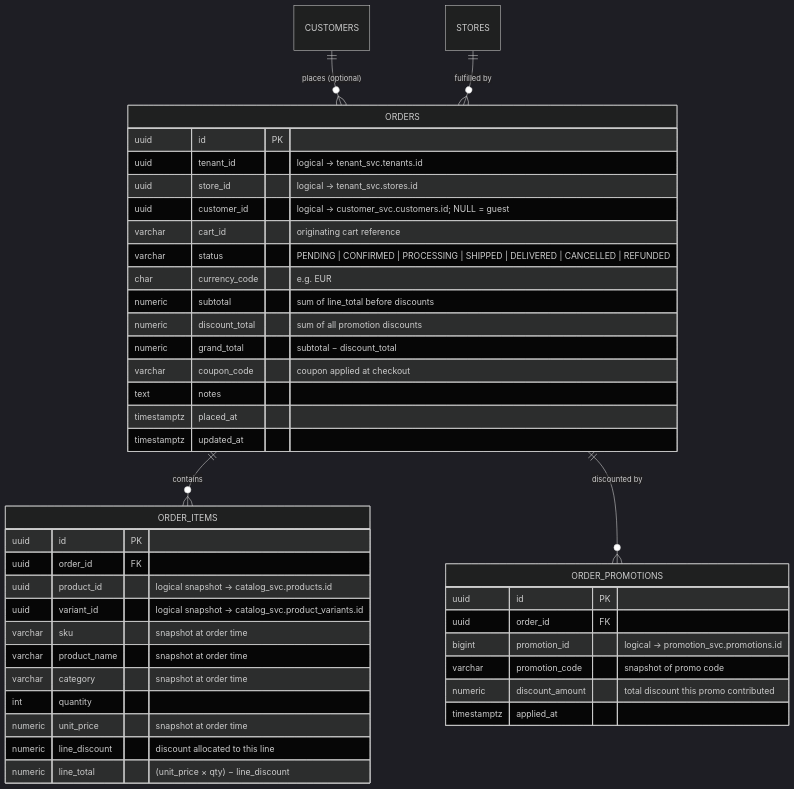
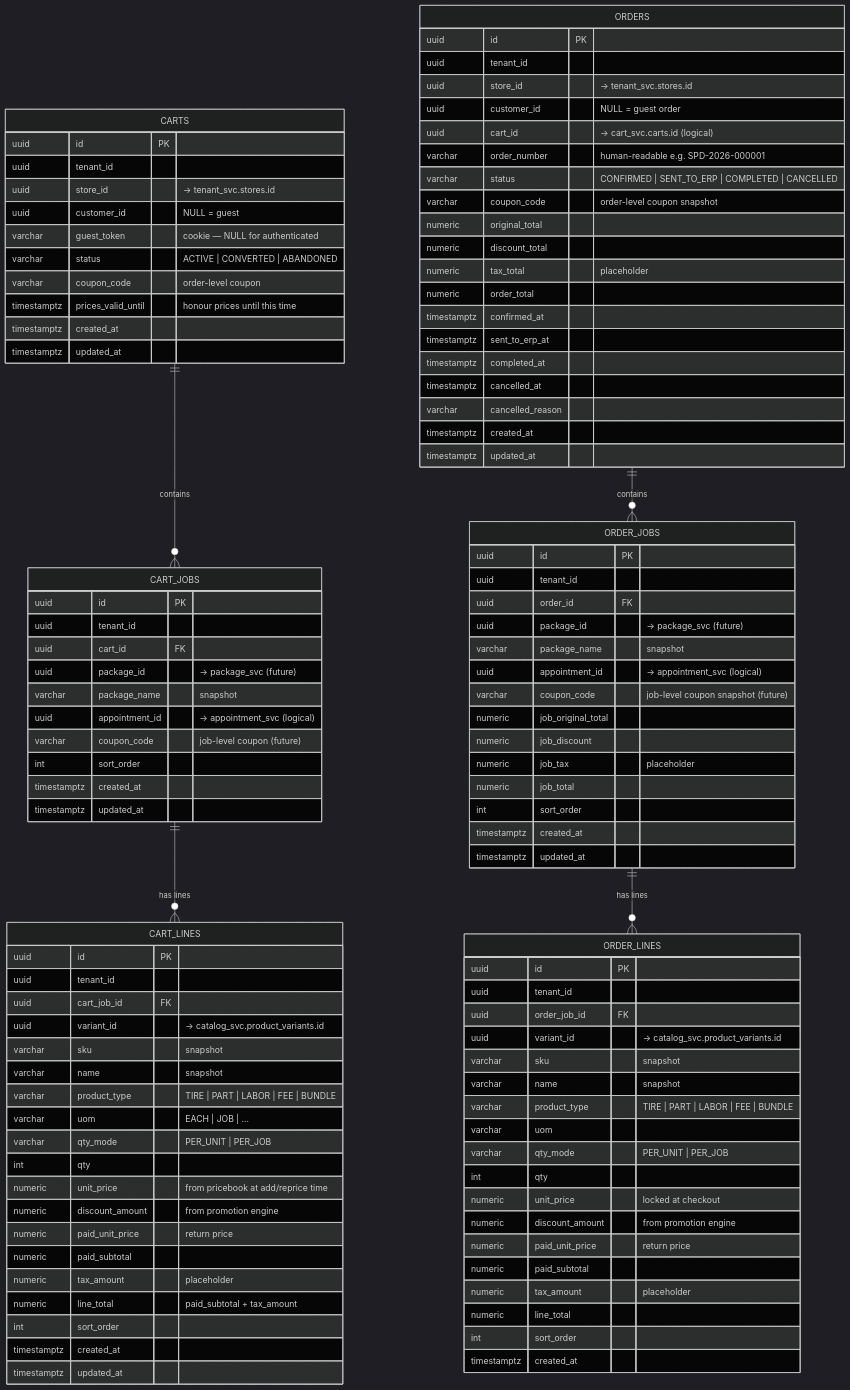
The diagram in eComm/eCommDataModel/order-domain.md (sumitjuyal/ecommerce-platform), drawn with Mermaid (dark theme) before and after one commit. The commit also changed other lines of this file and 1 other file, not shown here.

First line of the commit message:
Add order domain documentation and parked backlog items

````diff
--- a/eComm/eCommDataModel/order-domain.md
+++ b/eComm/eCommDataModel/order-domain.md
@@ -18,48 +118,116 @@
 ```mermaid
 erDiagram
 
-  ORDERS ||--o{ ORDER_ITEMS       : "contains"
-  ORDERS ||--o{ ORDER_PROMOTIONS  : "discounted by"
-  CUSTOMERS ||--o{ ORDERS         : "places (optional)"
-  STORES    ||--o{ ORDERS         : "fulfilled by"
+  CARTS         ||--o{ CART_JOBS    : "contains"
+  CART_JOBS     ||--o{ CART_LINES   : "has lines"
+  ORDERS        ||--o{ ORDER_JOBS   : "contains"
+  ORDER_JOBS    ||--o{ ORDER_LINES  : "has lines"
+
+  CARTS {
+    uuid        id PK
+    uuid        tenant_id
+    uuid        store_id              "→ tenant_svc.stores.id"
+    uuid        customer_id           "NULL = guest"
+    varchar     guest_token           "cookie — NULL for authenticated"
+    varchar     status                "ACTIVE | CONVERTED | ABANDONED"
+    varchar     coupon_code           "order-level coupon"
+    timestamptz prices_valid_until    "honour prices until this time"
+    timestamptz created_at
+    timestamptz updated_at
+  }
+
+  CART_JOBS {
+    uuid        id PK
+    uuid        tenant_id
+    uuid        cart_id FK
+    uuid        package_id            "→ package_svc (future)"
+    varchar     package_name          "snapshot"
+    uuid        appointment_id        "→ appointment_svc (logical)"
+    varchar     coupon_code           "job-level coupon (future)"
+    int         sort_order
+    timestamptz created_at
+    timestamptz updated_at
+  }
+
+  CART_LINES {
+    uuid        id PK
+    uuid        tenant_id
+    uuid        cart_job_id FK
+    uuid        variant_id            "→ catalog_svc.product_variants.id"
+    varchar     sku                   "snapshot"
+    varchar     name                  "snapshot"
+    varchar     product_type          "TIRE | PART | LABOR | FEE | BUNDLE"
+    varchar     uom                   "EACH | JOB | …"
+    varchar     qty_mode              "PER_UNIT | PER_JOB"
+    int         qty
+    numeric     unit_price            "from pricebook at add/reprice time"
+    numeric     discount_amount       "from promotion engine"
+    numeric     paid_unit_price       "return price"
+    numeric     paid_subtotal
+    numeric     tax_amount            "placeholder"
+    numeric     line_total            "paid_subtotal + tax_amount"
+    int         sort_order
+    timestamptz created_at
+    timestamptz updated_at
+  }
 
   ORDERS {
     uuid        id PK
-    uuid        tenant_id       "logical → tenant_svc.tenants.id"
-    uuid        store_id        "logical → tenant_svc.stores.id"
-    uuid        customer_id     "logical → customer_svc.customers.id; NULL = guest"
-    varchar     cart_id         "originating cart reference"
-    varchar     status          "PENDING | CONFIRMED | PROCESSING | SHIPPED | DELIVERED | CANCELLED | REFUNDED"
-    char        currency_code   "e.g. EUR"
-    numeric     subtotal        "sum of line_total before discounts"
-    numeric     discount_total  "sum of all promotion discounts"
-    numeric     grand_total     "subtotal − discount_total"
-    varchar     coupon_code     "coupon applied at checkout"
-    text        notes
-    timestamptz placed_at
+    uuid        tenant_id
+    uuid        store_id              "→ tenant_svc.stores.id"
+    uuid        customer_id           "NULL = guest order"
+    uuid        cart_id               "→ cart_svc.carts.id (logical)"
+    varchar     order_number          "human-readable e.g. SPD-2026-000001"
+    varchar     status                "CONFIRMED | SENT_TO_ERP | COMPLETED | CANCELLED"
+    varchar     coupon_code           "order-level coupon snapshot"
+    numeric     original_total
+    numeric     discount_total
+    numeric     tax_total             "placeholder"
+    numeric     order_total
+    timestamptz confirmed_at
+    timestamptz sent_to_erp_at
+    timestamptz completed_at
+    timestamptz cancelled_at
+    varchar     cancelled_reason
+    timestamptz created_at
     timestamptz updated_at
   }
 
-  ORDER_ITEMS {
+  ORDER_JOBS {
     uuid        id PK
-    uuid        order_id        FK
-    uuid        product_id      "logical snapshot → catalog_svc.products.id"
-    uuid        variant_id      "logical snapshot → catalog_svc.product_variants.id"
-    varchar     sku             "snapshot at order time"
-    varchar     product_name    "snapshot at order time"
-    varchar     category        "snapshot at order time"
-    int         quantity
-    numeric     unit_price      "snapshot at order time"
-    numeric     line_discount   "discount allocated to this line"
-    numeric     line_total      "(unit_price × qty) − line_discount"
+    uuid        tenant_id
+    uuid        order_id FK
+    uuid        package_id            "→ package_svc (future)"
+    varchar     package_name          "snapshot"
+    uuid        appointment_id        "→ appointment_svc (logical)"
+    varchar     coupon_code           "job-level coupon snapshot (future)"
+    numeric     job_original_total
+    numeric     job_discount
+    numeric     job_tax               "placeholder"
+    numeric     job_total
+    int         sort_order
+    timestamptz created_at
+    timestamptz updated_at
   }
 
-  ORDER_PROMOTIONS {
+  ORDER_LINES {
     uuid        id PK
-    uuid        order_id        FK
-    bigint      promotion_id    "logical → promotion_svc.promotions.id"
-    varchar     promotion_code  "snapshot of promo code"
-    numeric     discount_amount "total discount this promo contributed"
-    timestamptz applied_at
+    uuid        tenant_id
+    uuid        order_job_id FK
+    uuid        variant_id            "→ catalog_svc.product_variants.id"
+    varchar     sku                   "snapshot"
+    varchar     name                  "snapshot"
+    varchar     product_type          "TIRE | PART | LABOR | FEE | BUNDLE"
+    varchar     uom
+    varchar     qty_mode              "PER_UNIT | PER_JOB"
+    int         qty
+    numeric     unit_price            "locked at checkout"
+    numeric     discount_amount       "from promotion engine"
+    numeric     paid_unit_price       "return price"
+    numeric     paid_subtotal
+    numeric     tax_amount            "placeholder"
+    numeric     line_total
+    int         sort_order
+    timestamptz created_at
   }
 ```
````
